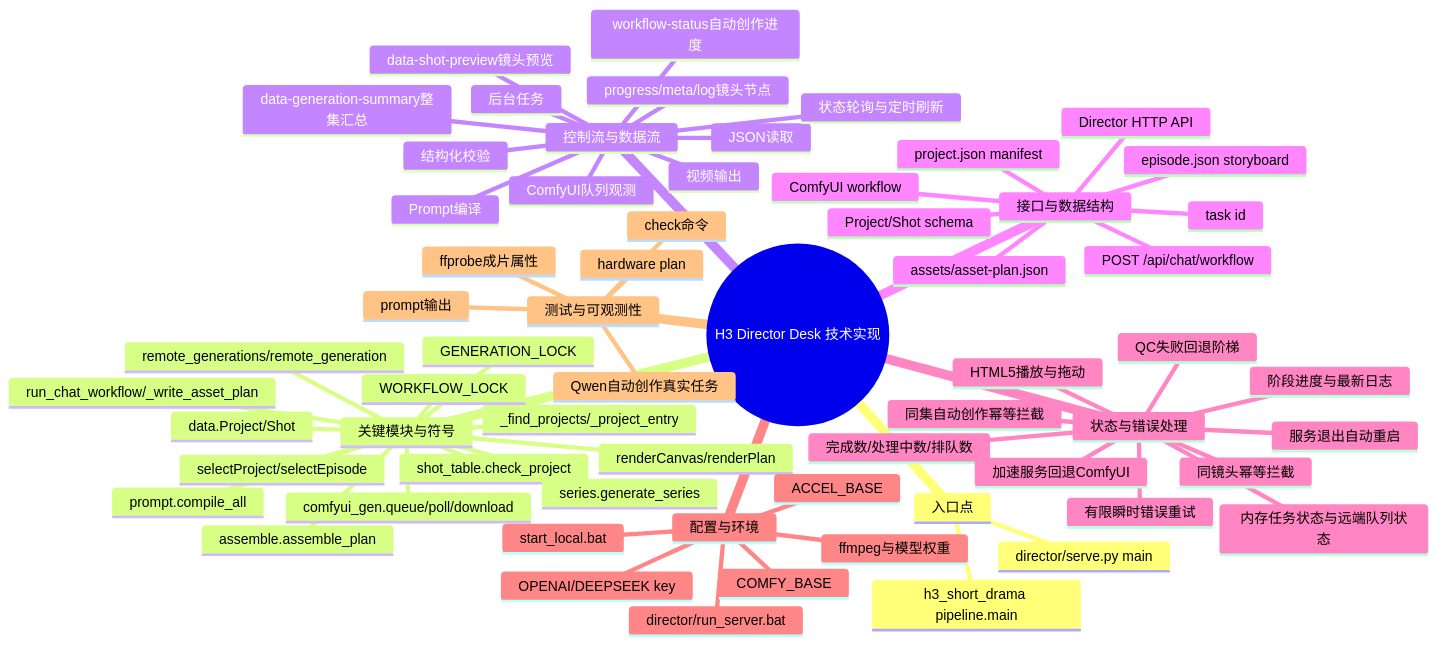
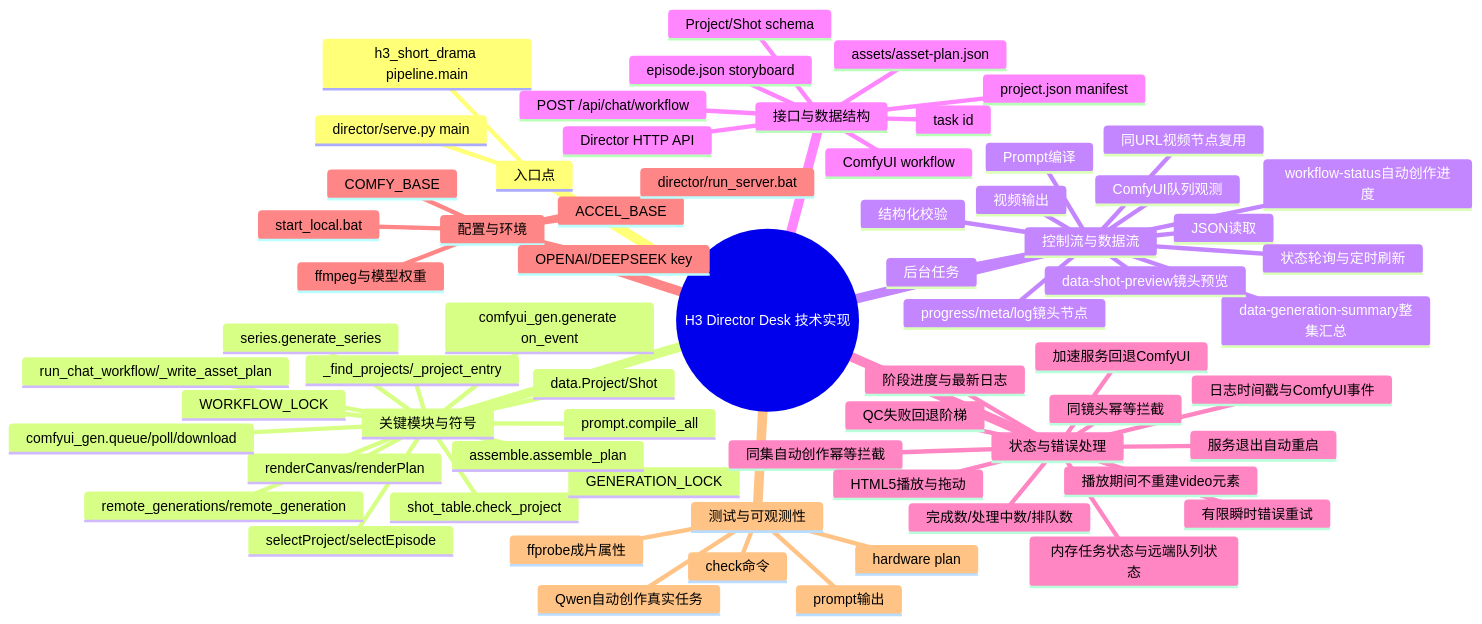
The diagram in docs/project-evolution/mindmaps/technical-implementation.md (Exalex/h3-director-desk), drawn with Mermaid before and after one commit. The commit also changed other lines of this file and 12 other files, not shown here.

````diff
--- a/docs/project-evolution/mindmaps/technical-implementation.md
+++ b/docs/project-evolution/mindmaps/technical-implementation.md
@@ -3,66 +3,70 @@
 ```mermaid
 mindmap
   root((H3 Director Desk 技术实现))
     入口点
       director/serve.py main
       h3_short_drama pipeline.main
     关键模块与符号
       _find_projects/_project_entry
       selectProject/selectEpisode
       renderCanvas/renderPlan
       data.Project/Shot
       shot_table.check_project
       prompt.compile_all
       comfyui_gen.queue/poll/download
+      comfyui_gen.generate on_event
       remote_generations/remote_generation
       GENERATION_LOCK
       run_chat_workflow/_write_asset_plan
       WORKFLOW_LOCK
       series.generate_series
       assemble.assemble_plan
     控制流与数据流
       JSON读取
       结构化校验
       Prompt编译
       后台任务
       ComfyUI队列观测
       状态轮询与定时刷新
+      同URL视频节点复用
       progress/meta/log镜头节点
       data-generation-summary整集汇总
       data-shot-preview镜头预览
       workflow-status自动创作进度
       视频输出
     接口与数据结构
       Director HTTP API
       POST /api/chat/workflow
       assets/asset-plan.json
       project.json manifest
       episode.json storyboard
       Project/Shot schema
       ComfyUI workflow
       task id
     状态与错误处理
       内存任务状态与远端队列状态
       同镜头幂等拦截
       同集自动创作幂等拦截
       阶段进度与最新日志
+      日志时间戳与ComfyUI事件
       完成数/处理中数/排队数
       HTML5播放与拖动
+      播放期间不重建video元素
       有限瞬时错误重试
       服务退出自动重启
       加速服务回退ComfyUI
       QC失败回退阶梯
     配置与环境
       COMFY_BASE
       ACCEL_BASE
       OPENAI/DEEPSEEK key
       ffmpeg与模型权重
       start_local.bat
       director/run_server.bat
     测试与可观测性
       check命令
       Qwen自动创作真实任务
       hardware plan
       prompt输出
       ffprobe成片属性
 ```
````
